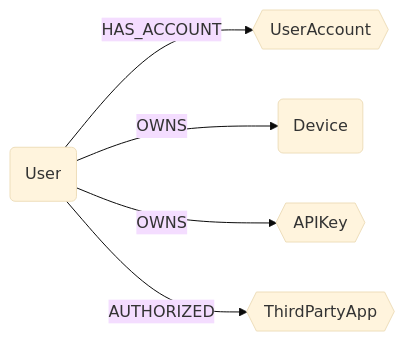
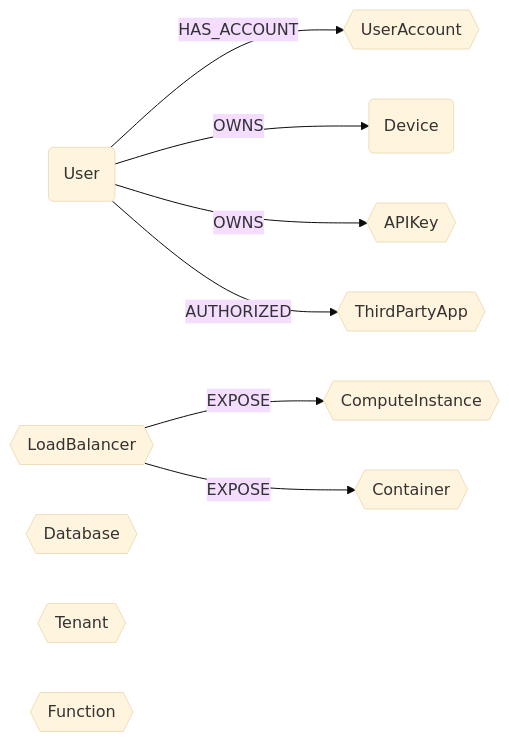
One commit to sec-js/cartography changed the diagram in docs/root/modules/ontology/schema.md. Above: the diagram before and after it, drawn with Mermaid (base theme). The commit also changed other lines of this file and 43 other files, not shown here.

First line of the commit message:
feat(ontology): add LoadBalancer + Function and improve existing coverage (#2271)

````diff
--- a/docs/root/modules/ontology/schema.md
+++ b/docs/root/modules/ontology/schema.md
@@ -6,8 +6,13 @@
 ```mermaid
 graph LR
 
 U(User) -- HAS_ACCOUNT --> UA{{UserAccount}}
 U -- OWNS --> CC(Device)
 U -- OWNS --> AK{{APIKey}}
 U -- AUTHORIZED --> OA{{ThirdPartyApp}}
+LB{{LoadBalancer}} -- EXPOSE --> CI{{ComputeInstance}}
+LB -- EXPOSE --> CT{{Container}}
+DB{{Database}}
+TN{{Tenant}}
+FN{{Function}}
 ```
````
